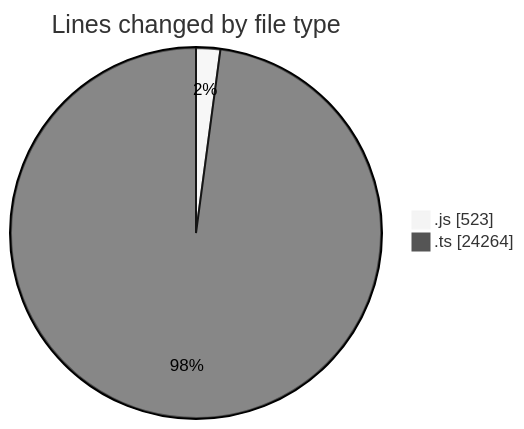
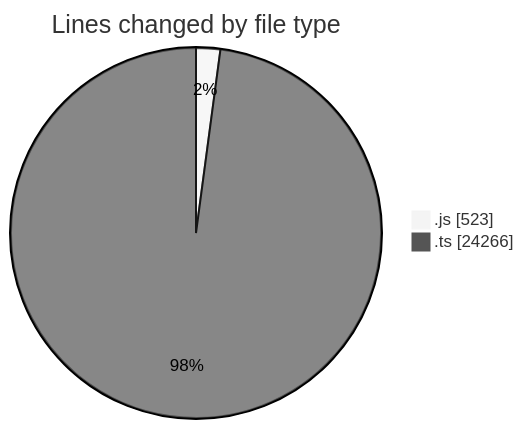
One commit to momahboobian/code-tracking changed the first of 2 diagrams in 2025-08-15/cda/README.md. Above: the diagram before and after it, drawn with Mermaid (neutral theme). The commit also changed other lines of this file and 1 other file, not shown here.

````diff
--- a/2025-08-15/cda/README.md
+++ b/2025-08-15/cda/README.md
@@ -27,6 +27,6 @@
 ```mermaid
 pie showData
 title Lines changed by file type
 ".js" : 523
-".ts" : 24264
+".ts" : 24266
 ```
````
